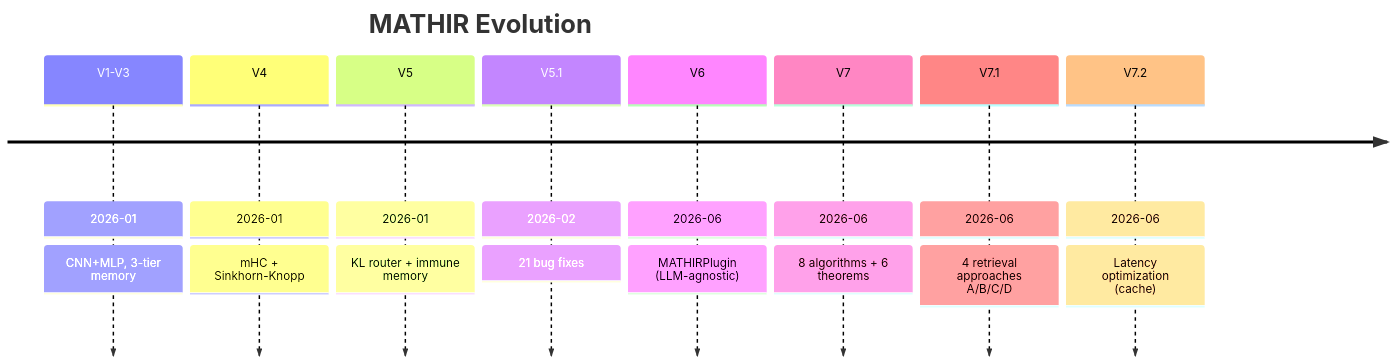
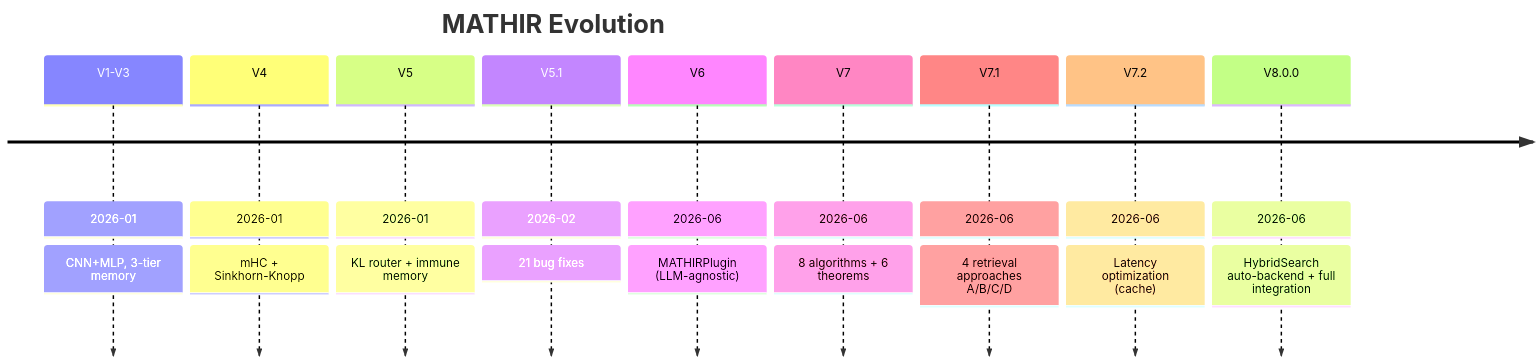
One commit to sil3d/MATHIR changed the tenth of 10 diagrams in docs/02_MASTER_REFERENCE.md. Above: the diagram before and after it, drawn with Mermaid. The commit also changed other lines of this file and 131 other files, not shown here.

````diff
--- a/docs/02_MASTER_REFERENCE.md
+++ b/docs/02_MASTER_REFERENCE.md
@@ -379,12 +379,13 @@
 ```mermaid
 timeline
     title MATHIR Evolution
     V1-V3 : 2026-01 : CNN+MLP, 3-tier memory
     V4    : 2026-01 : mHC + Sinkhorn-Knopp
     V5    : 2026-01 : KL router + immune memory
     V5.1  : 2026-02 : 21 bug fixes
     V6    : 2026-06 : MATHIRPlugin (LLM-agnostic)
     V7    : 2026-06 : 8 algorithms + 6 theorems
     V7.1  : 2026-06 : 4 retrieval approaches A/B/C/D
     V7.2  : 2026-06 : Latency optimization (cache)
+    V8.0.0: 2026-06 : HybridSearch auto-backend + full integration
 ```
````
